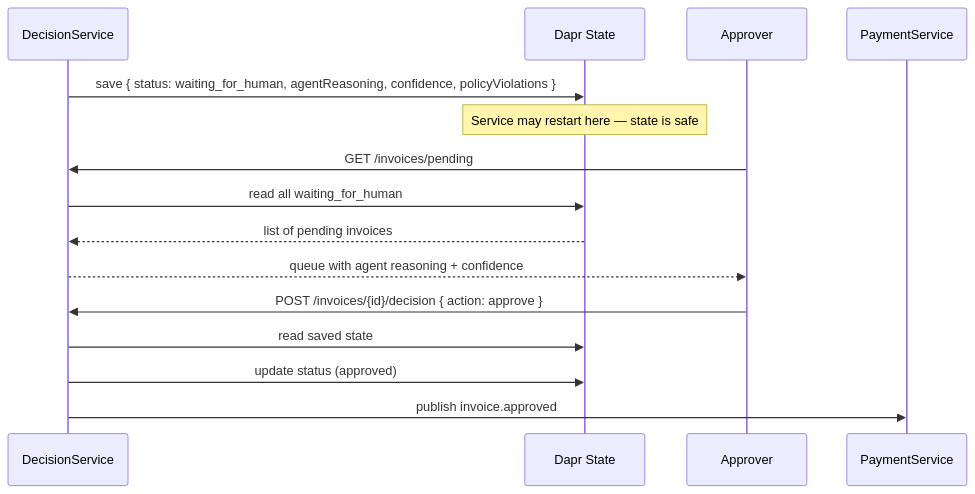
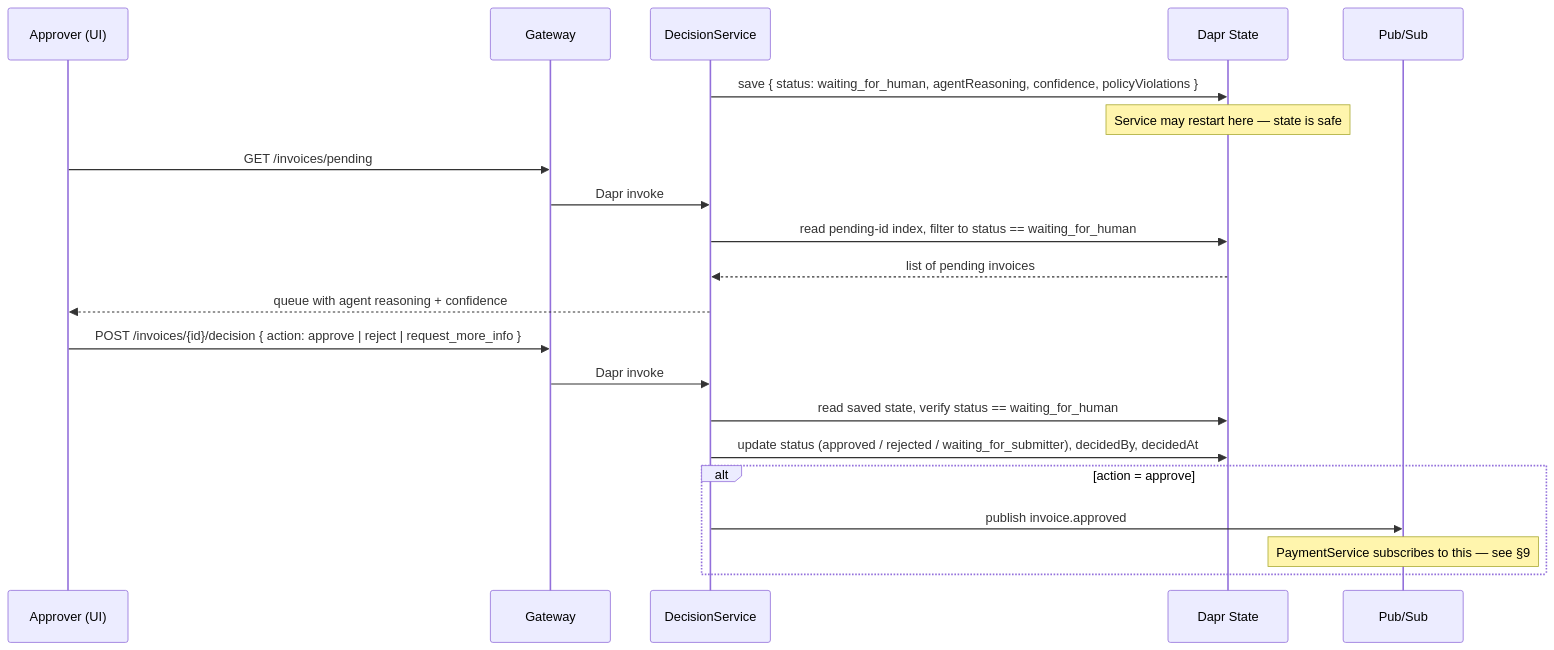
One commit to Devora9249/ApprovalFlow changed the third of 6 diagrams in ARCHITECTURE.md. Above: the diagram before and after it, drawn with Mermaid. The commit also changed other lines of this file and 23 other files, not shown here.

Commit message:
Add N1: JWT authentication with role-based access control (submitter/approver/admin)

````diff
--- a/ARCHITECTURE.md
+++ b/ARCHITECTURE.md
@@ -227,21 +228,28 @@
 ```mermaid
 sequenceDiagram
+    participant AP as Approver (UI)
+    participant GW as Gateway
     participant DS as DecisionService
     participant ST as Dapr State
-    participant AP as Approver
-    participant PS as PaymentService
+    participant PB as Pub/Sub
 
     DS->>ST: save { status: waiting_for_human, agentReasoning, confidence, policyViolations }
-    
+
     Note over ST: Service may restart here — state is safe
-    
-    AP->>DS: GET /invoices/pending
-    DS->>ST: read all waiting_for_human
+
+    AP->>GW: GET /invoices/pending
+    GW->>DS: Dapr invoke
+    DS->>ST: read pending-id index, filter to status == waiting_for_human
     ST-->>DS: list of pending invoices
     DS-->>AP: queue with agent reasoning + confidence
 
-    AP->>DS: POST /invoices/{id}/decision { action: approve }
-    DS->>ST: read saved state
-    DS->>ST: update status (approved)
-    DS->>PS: publish invoice.approved
+    AP->>GW: POST /invoices/{id}/decision { action: approve | reject | request_more_info }
+    GW->>DS: Dapr invoke
+    DS->>ST: read saved state, verify status == waiting_for_human
+    DS->>ST: update status (approved / rejected / waiting_for_submitter), decidedBy, decidedAt
+
+    alt action = approve
+        DS->>PB: publish invoice.approved
+        Note over PB: PaymentService subscribes to this — see §9
+    end
 ```
````
